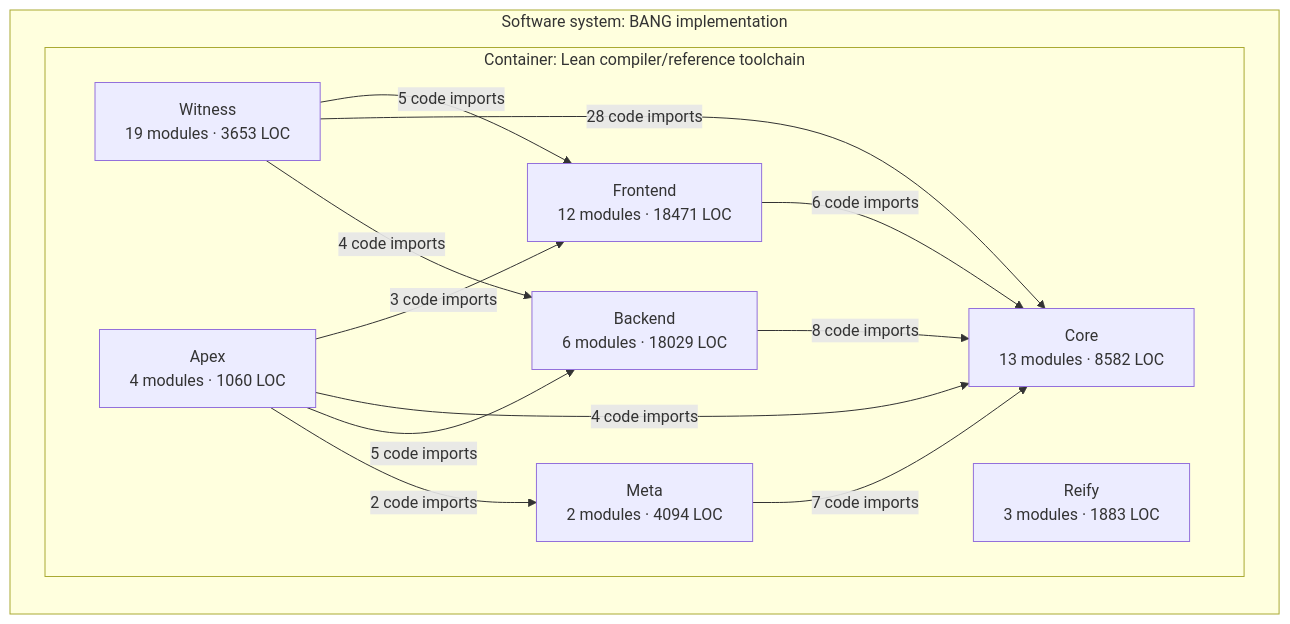
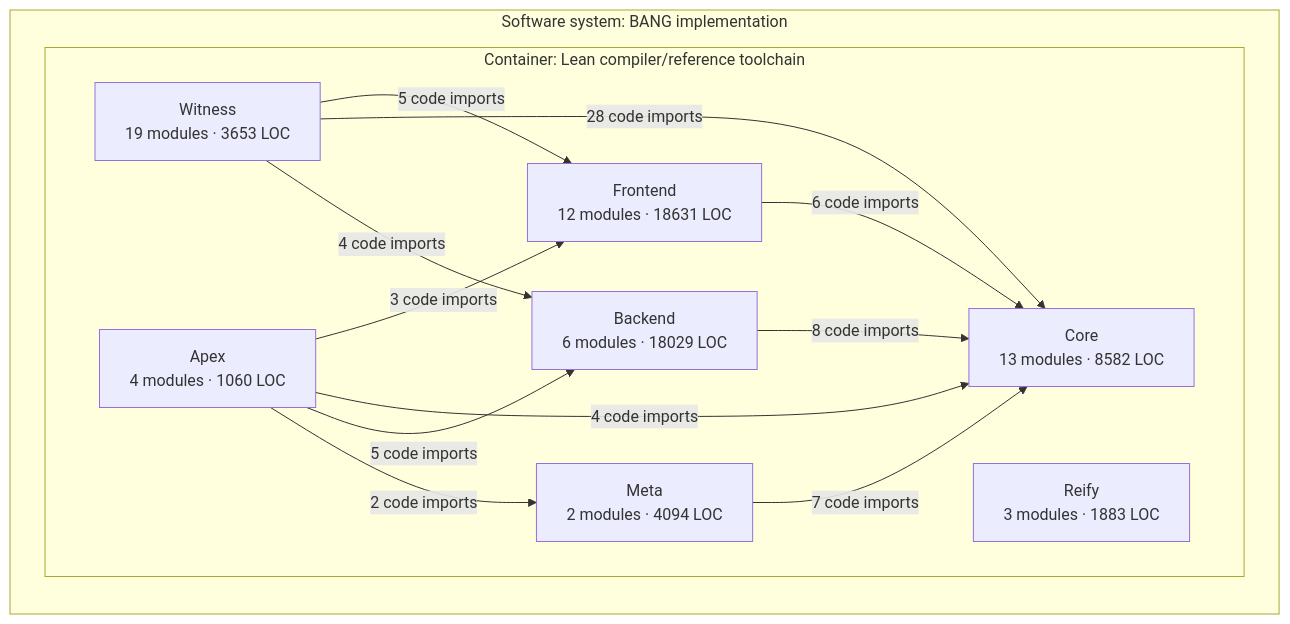
Before and after one commit to phibkro/bang: the third of 3 diagrams in docs/architecture/core-overview.md, drawn with Mermaid. The commit also changed other lines of this file and 10 other files, not shown here.

````diff
--- a/docs/architecture/core-overview.md
+++ b/docs/architecture/core-overview.md
@@ -160,24 +160,24 @@
 ```mermaid
 flowchart LR
   subgraph system_BANG["Software system: BANG implementation"]
     subgraph container_Lean_toolchain["Container: Lean compiler/reference toolchain"]
-      component_Frontend["Frontend<br/>12 modules · 18471 LOC"]
+      component_Frontend["Frontend<br/>12 modules · 18631 LOC"]
       component_Core["Core<br/>13 modules · 8582 LOC"]
       component_Backend["Backend<br/>6 modules · 18029 LOC"]
       component_Meta["Meta<br/>2 modules · 4094 LOC"]
       component_Witness["Witness<br/>19 modules · 3653 LOC"]
       component_Reify["Reify<br/>3 modules · 1883 LOC"]
       component_Apex["Apex<br/>4 modules · 1060 LOC"]
     end
   end
   component_Frontend -->|6 code imports| component_Core
   component_Backend -->|8 code imports| component_Core
   component_Meta -->|7 code imports| component_Core
   component_Witness -->|5 code imports| component_Frontend
   component_Witness -->|28 code imports| component_Core
   component_Witness -->|4 code imports| component_Backend
   component_Apex -->|3 code imports| component_Frontend
   component_Apex -->|4 code imports| component_Core
   component_Apex -->|5 code imports| component_Backend
   component_Apex -->|2 code imports| component_Meta
 ```
````
